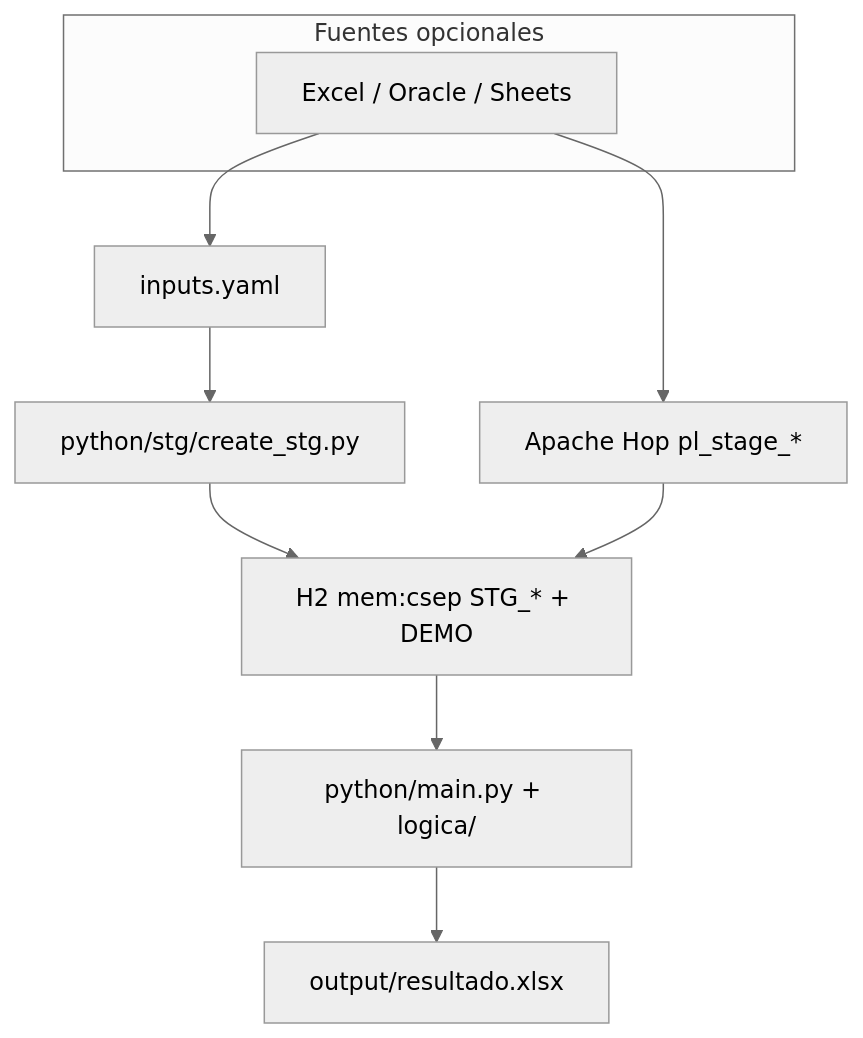
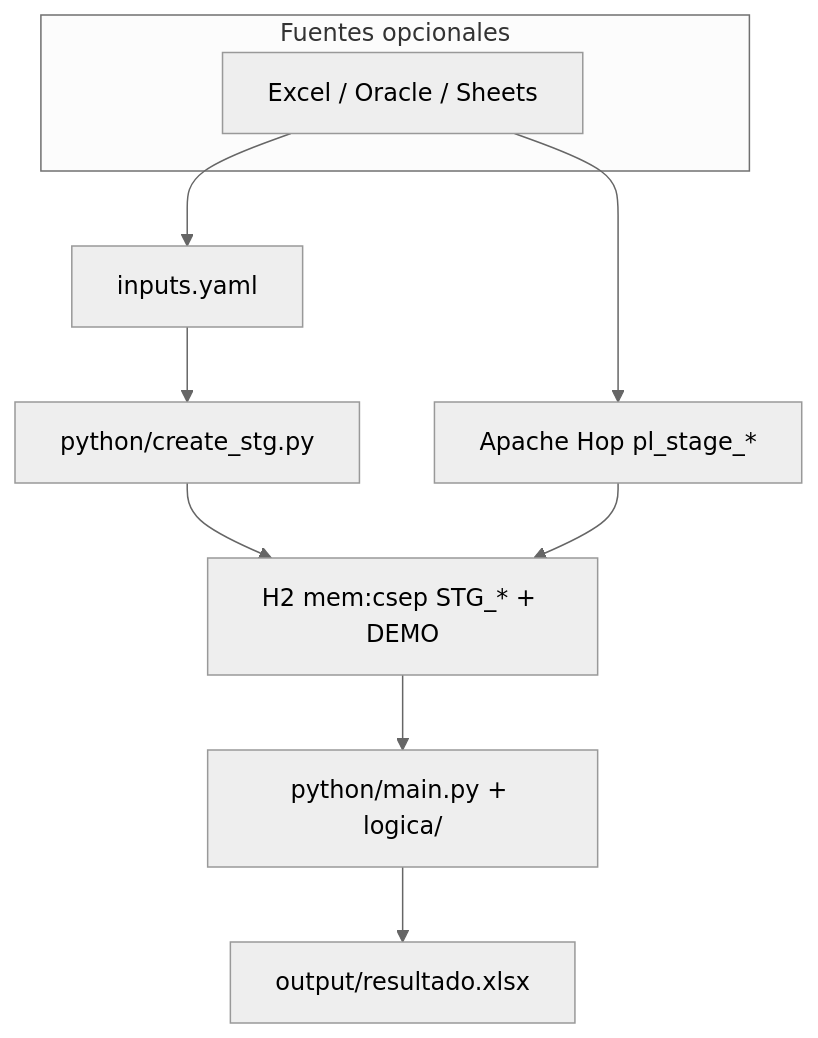
The diagram in docs/arquitectura.md (nwodevops/etl_informes_harness), drawn with Mermaid (neutral theme) before and after one commit. The commit also changed other lines of this file and 2 other files, not shown here.

````diff
--- a/docs/arquitectura.md
+++ b/docs/arquitectura.md
@@ -7,18 +7,18 @@
 ```mermaid
 flowchart TB
   subgraph fuentes [Fuentes opcionales]
     EX["Excel / Oracle / Sheets"]
   end
 
   YAML["inputs.yaml"]
-  PYDDL["python/stg/create_stg.py"]
+  PYDDL["python/create_stg.py"]
   HOP["Apache Hop pl_stage_*"]
   H2["H2 mem:csep STG_* + DEMO"]
   PY["python/main.py + logica/"]
   OUT["output/resultado.xlsx"]
 
   EX --> YAML
   YAML --> PYDDL --> H2
   EX --> HOP --> H2
   H2 --> PY --> OUT
 ```
````
